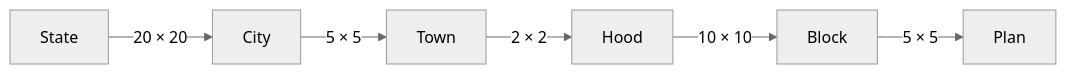
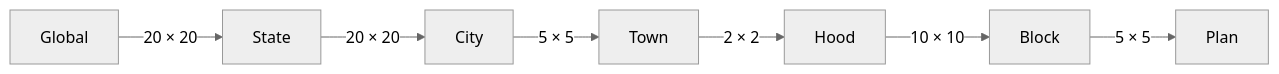
One commit to LL782/mundoko-maps changed the diagram in docs/architecture/domain-kernel.md. Above: the diagram before and after it, drawn with Mermaid (neutral theme). The commit also changed other lines of this file and 5 other files, not shown here.

````diff
--- a/docs/architecture/domain-kernel.md
+++ b/docs/architecture/domain-kernel.md
@@ -60,8 +91,9 @@
 ```mermaid
 flowchart LR
+    Global -->|"20 × 20"| State
     State -->|"20 × 20"| City
     City -->|"5 × 5"| Town
     Town -->|"2 × 2"| Hood
     Hood -->|"10 × 10"| Block
     Block -->|"5 × 5"| Plan
 ```
````
